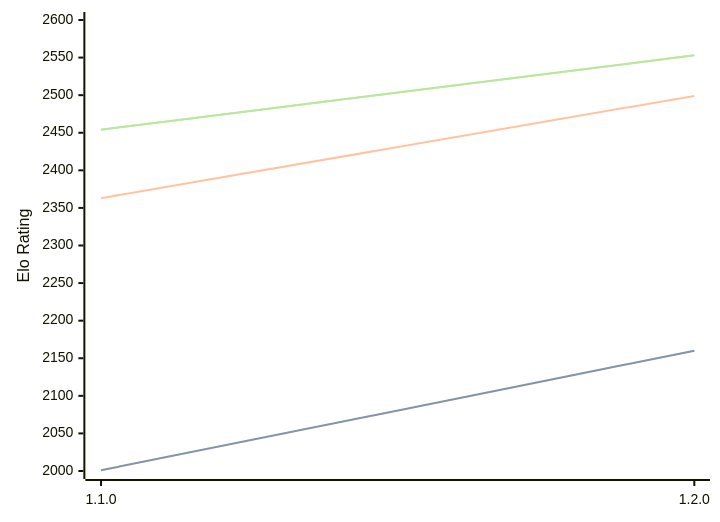
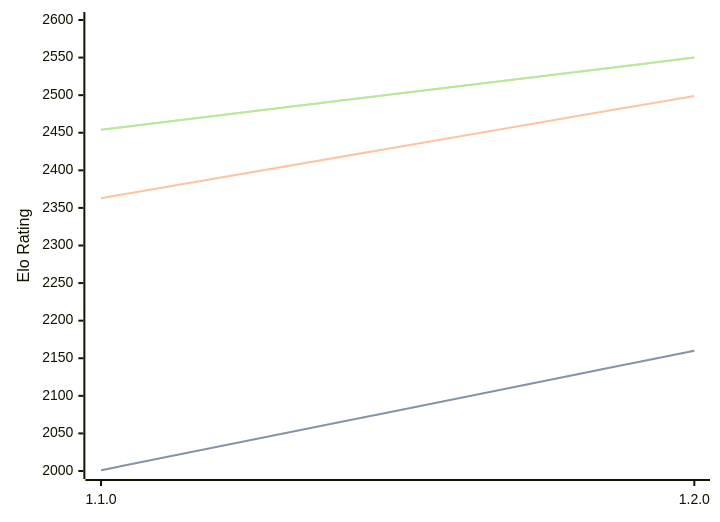
Before and after one commit to computer-chess-index/cci: the diagram in engines/Gyatso.md, drawn with Mermaid. The commit also changed other lines of this file, not shown here.

Commit message:
Update CCI Ratings (ELO VLTC) - 2026-03-10

````diff
--- a/engines/Gyatso.md
+++ b/engines/Gyatso.md
@@ -31,11 +31,11 @@
 ```mermaid
 %%{init: {"theme":"base","themeVariables":{"seriesColors:['#a3a3a3','#222221','#faa371']}}}%%
 xychart-beta
   x-axis ["1.1.0", "1.2.0"]
   y-axis "Elo Rating" 2000 --> 2600
   line "STC (8.0+0.08s)" [2001, 2160]
   line "STC (8.0+0.08s)" [2001, 2160]
   line "LTC (60.0+0.60s)" [2363, 2499]
-  line "VLTC (2m24s+1.12s)" [2454, 2553]
-  line "VLTC (2m24s+1.12s)" [2454, 2553]
+  line "VLTC (2m24s+1.12s)" [2454, 2550]
+  line "VLTC (2m24s+1.12s)" [2454, 2550]
 ```
````
